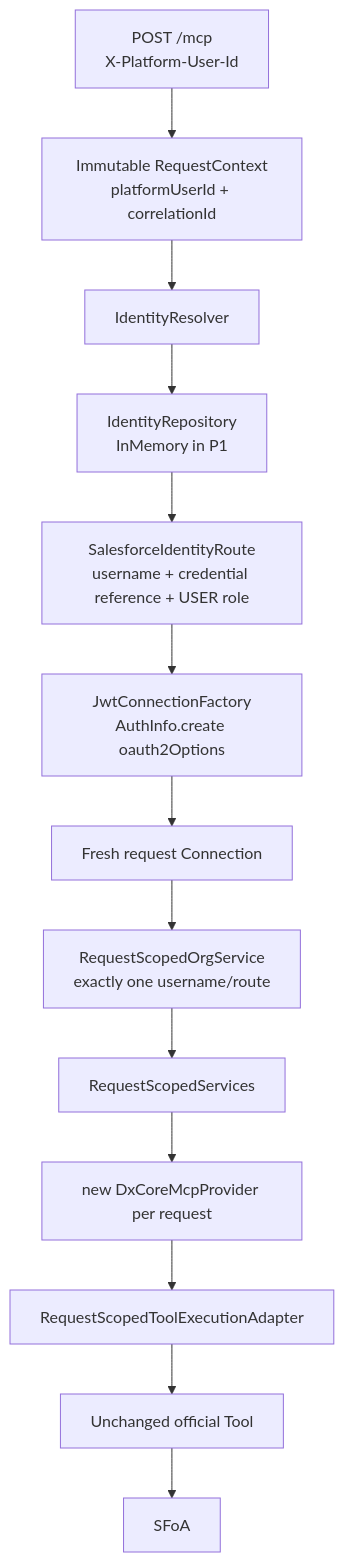
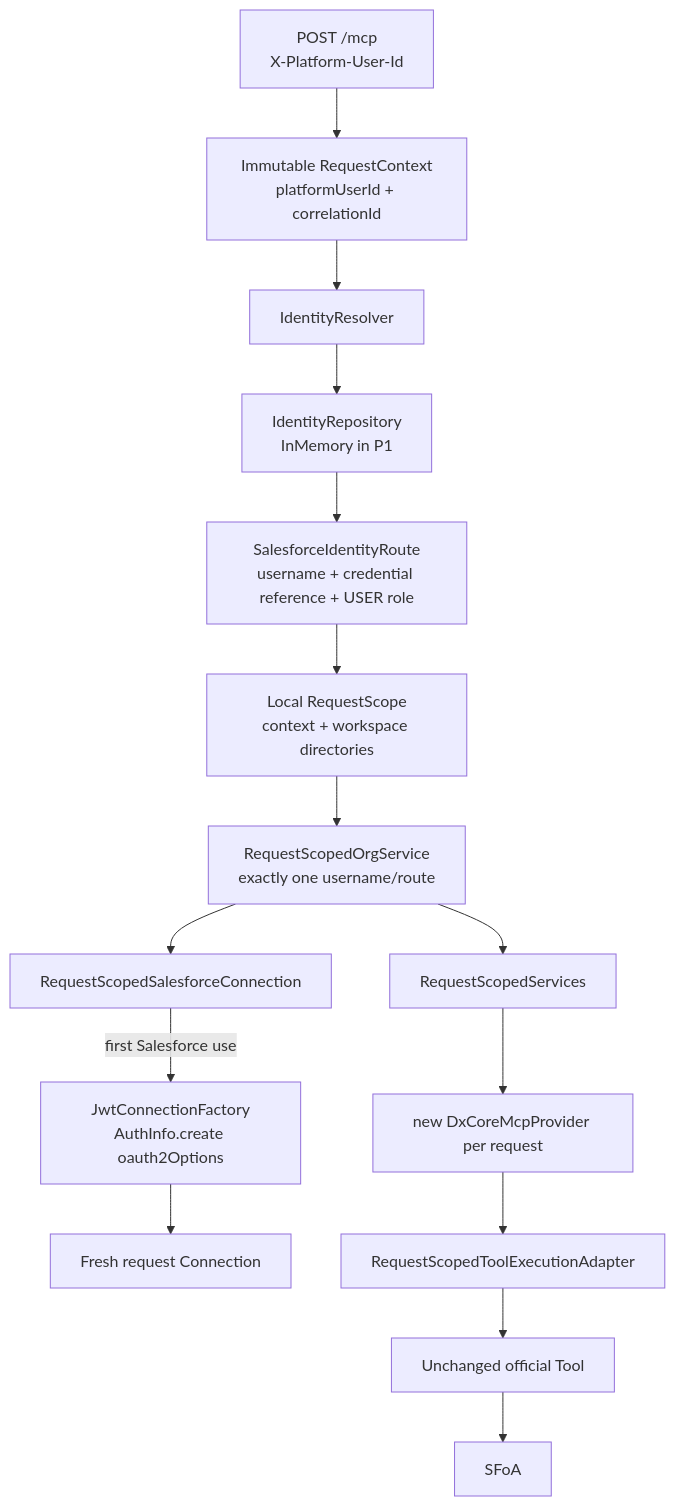
One commit to ElioLin/sfoa-enterprise-mcp changed the second of 8 diagrams in docs/sfoa/ARCHITECTURE.md. Above: the diagram before and after it, drawn with Mermaid. The commit also changed other lines of this file and 68 other files, not shown here.

````diff
--- a/docs/sfoa/ARCHITECTURE.md
+++ b/docs/sfoa/ARCHITECTURE.md
@@ -29,15 +31,17 @@
 ```mermaid
 flowchart TD
   H[POST /mcp<br/>X-Platform-User-Id] --> RC[Immutable RequestContext<br/>platformUserId + correlationId]
   RC --> IR[IdentityResolver]
   IR --> Repo[IdentityRepository<br/>InMemory in P1]
   Repo --> Route[SalesforceIdentityRoute<br/>username + credential reference + USER role]
-  Route --> JWT[JwtConnectionFactory<br/>AuthInfo.create oauth2Options]
+  Route --> Scope[Local RequestScope<br/>context + workspace directories]
+  Scope --> Org[RequestScopedOrgService<br/>exactly one username/route]
+  Org --> Lazy[RequestScopedSalesforceConnection]
+  Lazy -->|first Salesforce use| JWT[JwtConnectionFactory<br/>AuthInfo.create oauth2Options]
   JWT --> Conn[Fresh request Connection]
-  Conn --> Org[RequestScopedOrgService<br/>exactly one username/route]
   Org --> Services[RequestScopedServices]
   Services --> Provider[new DxCoreMcpProvider per request]
   Provider --> Adapter[RequestScopedToolExecutionAdapter]
   Adapter --> Tool[Unchanged official Tool]
   Tool --> SFoA[SFoA]
 ```
````
